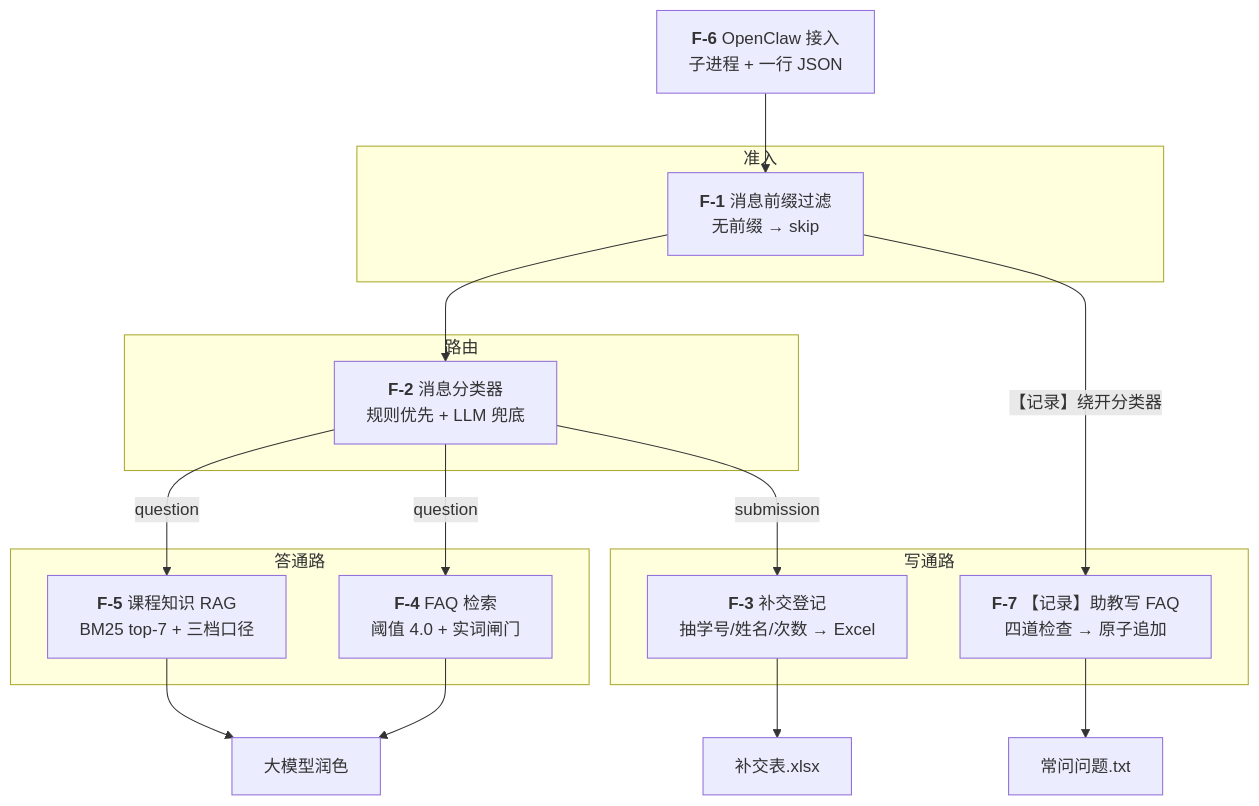
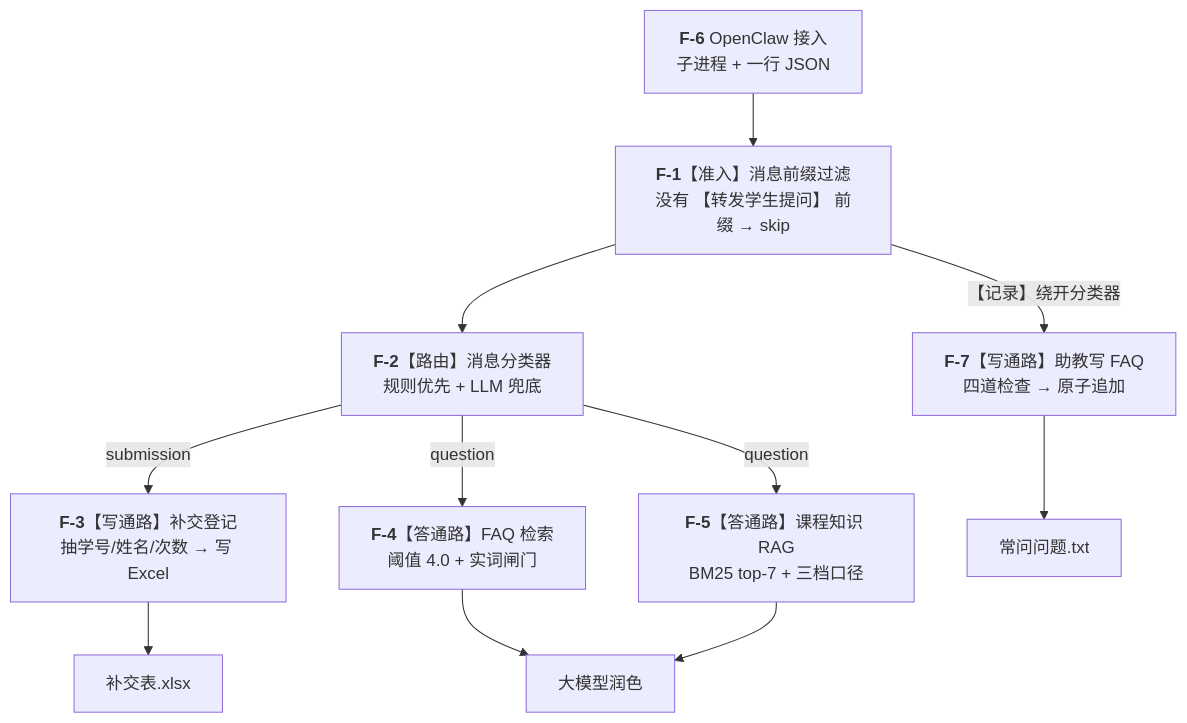
The first of 2 diagrams in docs/requirements.md (mc-dl/ta-assistant), drawn with Mermaid before and after one commit. The commit also changed other lines of this file and 38 other files, not shown here.

First line of the commit message:
feat: 文档展示层改为构建期出图的可视化页面 + 网页生成幂等化

````diff
--- a/docs/requirements.md
+++ b/docs/requirements.md
@@ -45,28 +54,24 @@
 ```mermaid
-flowchart TB
-  subgraph GATE["准入"]
-    F1["<b>F-1</b> 消息前缀过滤<br/>无前缀 → skip"]
-  end
-  subgraph ROUTE["路由"]
-    F2["<b>F-2</b> 消息分类器<br/>规则优先 + LLM 兜底"]
-  end
-  subgraph WRITE["写通路"]
-    F3["<b>F-3</b> 补交登记<br/>抽学号/姓名/次数 → Excel"]
-    F7["<b>F-7</b> 【记录】助教写 FAQ<br/>四道检查 → 原子追加"]
-  end
-  subgraph ANSWER["答通路"]
-    F4["<b>F-4</b> FAQ 检索<br/>阈值 4.0 + 实词闸门"]
-    F5["<b>F-5</b> 课程知识 RAG<br/>BM25 top-7 + 三档口径"]
-  end
+flowchart TD
+  %% caption: 功能需求总览 —— F-1 收口,分类器分三路,写通路落两个文件
   F6["<b>F-6</b> OpenClaw 接入<br/>子进程 + 一行 JSON"]
+  F1["<b>F-1</b>【准入】消息前缀过滤<br/>没有 【转发学生提问】 前缀 → skip"]
+  F2["<b>F-2</b>【路由】消息分类器<br/>规则优先 + LLM 兜底"]
+  F3["<b>F-3</b>【写通路】补交登记<br/>抽学号/姓名/次数 → 写 Excel"]
+  F7["<b>F-7</b>【写通路】助教写 FAQ<br/>四道检查 → 原子追加"]
+  F4["<b>F-4</b>【答通路】FAQ 检索<br/>阈值 4.0 + 实词闸门"]
+  F5["<b>F-5</b>【答通路】课程知识 RAG<br/>BM25 top-7 + 三档口径"]
+  XLS["补交表.xlsx"]
+  TXT["常问问题.txt"]
+  LLM["大模型润色"]
 
   F6 --> F1 --> F2
   F2 -->|"submission"| F3
   F2 -->|"question"| F4
   F2 -->|"question"| F5
   F1 -->|"【记录】绕开分类器"| F7
-  F3 --> XLS["补交表.xlsx"]
-  F7 --> TXT["常问问题.txt"]
-  F4 --> LLM["大模型润色"]
+  F3 --> XLS
+  F7 --> TXT
+  F4 --> LLM
   F5 --> LLM
 ```
````
